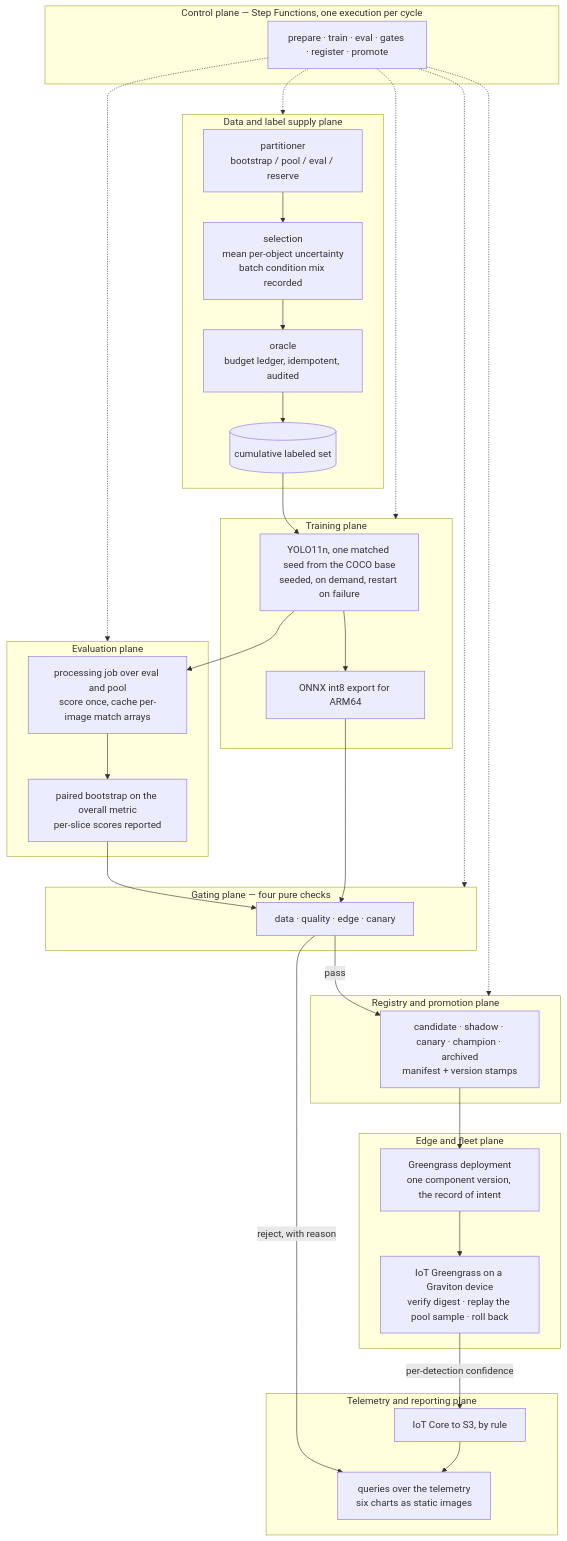
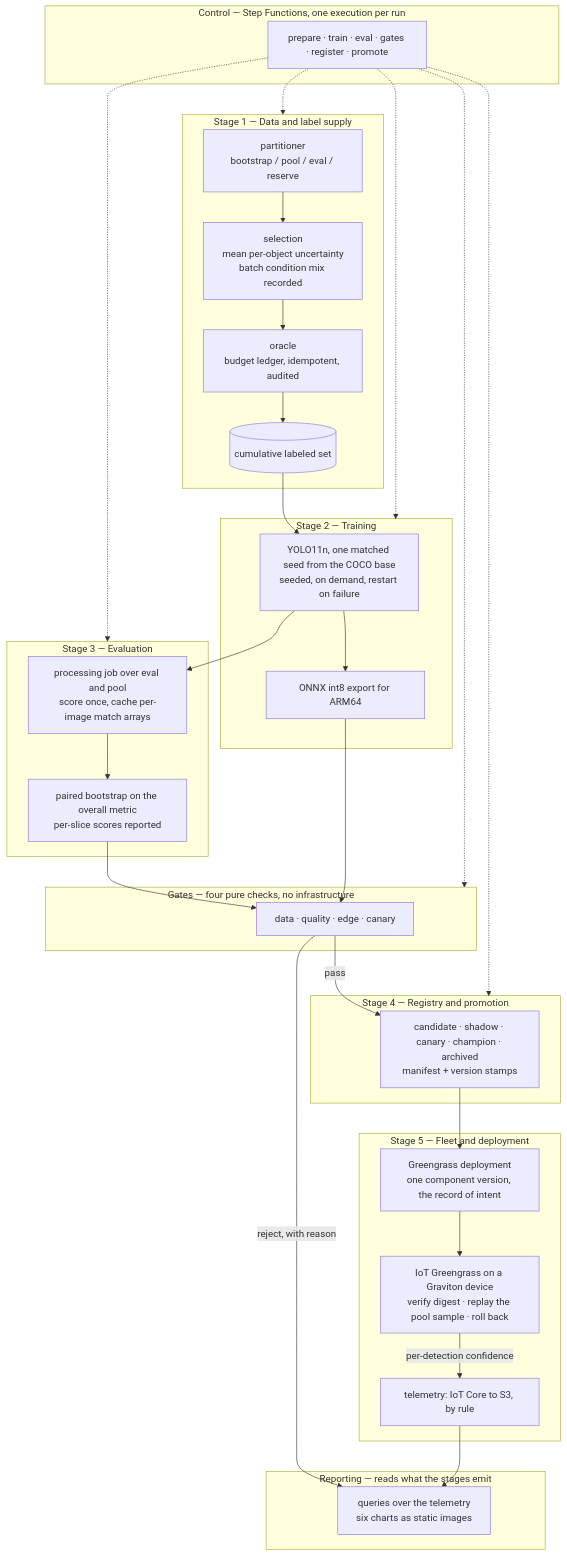
Before and after one commit to arnavnair220/edge-ml-flywheel: the diagram in docs/00-overview.md, drawn with Mermaid. The commit also changed other lines of this file and 20 other files, not shown here.

First line of the commit message:
Recast the planes as five stages, and free the control imports

````diff
--- a/docs/00-overview.md
+++ b/docs/00-overview.md
@@ -86,63 +88,63 @@
 ```mermaid
 flowchart TB
-    subgraph CTRL["Control plane — Step Functions, one execution per cycle"]
+    subgraph CTRL["Control — Step Functions, one execution per run"]
         SFN["prepare · train · eval · gates · register · promote"]
     end
 
-    subgraph DATA["Data and label supply plane"]
+    subgraph DATA["Stage 1 — Data and label supply"]
         PART["partitioner<br/>bootstrap / pool / eval / reserve"]
         SEL["selection<br/>mean per-object uncertainty<br/>batch condition mix recorded"]
         ORACLE["oracle<br/>budget ledger, idempotent, audited"]
         POOL[("cumulative labeled set")]
     end
 
-    subgraph TRAIN["Training plane"]
+    subgraph TRAIN["Stage 2 — Training"]
         SEEDS["YOLO11n, one matched seed from the COCO base<br/>seeded, on demand, restart on failure"]
         EXPORT["ONNX int8 export for ARM64"]
     end
 
-    subgraph EVAL["Evaluation plane"]
+    subgraph EVAL["Stage 3 — Evaluation"]
         SCORE["processing job over eval and pool<br/>score once, cache per-image match arrays"]
         BOOT["paired bootstrap on the overall metric<br/>per-slice scores reported"]
     end
 
-    subgraph GATE["Gating plane — four pure checks"]
+    subgraph GATE["Gates — four pure checks, no infrastructure"]
         G["data · quality · edge · canary"]
     end
 
-    subgraph REG["Registry and promotion plane"]
+    subgraph REG["Stage 4 — Registry and promotion"]
         SM["candidate · shadow · canary · champion · archived<br/>manifest + version stamps"]
     end
 
-    subgraph EDGE["Edge and fleet plane"]
+    subgraph EDGE["Stage 5 — Fleet and deployment"]
         CFG["Greengrass deployment<br/>one component version, the record of intent"]
         AGENT["IoT Greengrass on a Graviton device<br/>verify digest · replay the pool sample · roll back"]
+        TEL["telemetry: IoT Core to S3, by rule"]
     end
 
-    subgraph OBS["Telemetry and reporting plane"]
-        TEL["IoT Core to S3, by rule"]
+    subgraph OBS["Reporting — reads what the stages emit"]
         DASH["queries over the telemetry<br/>six charts as static images"]
     end
 
     PART --> SEL
     SEL --> ORACLE
     ORACLE --> POOL
     POOL --> SEEDS
     SEEDS --> SCORE
     SCORE --> BOOT
     BOOT --> G
     SEEDS --> EXPORT
     EXPORT --> G
     G -->|pass| SM
     G -->|"reject, with reason"| DASH
     SM --> CFG
     CFG --> AGENT
     AGENT -->|"per-detection confidence"| TEL
     TEL --> DASH
 
     SFN -.-> DATA
     SFN -.-> TRAIN
     SFN -.-> EVAL
     SFN -.-> GATE
     SFN -.-> REG
 ```
````
